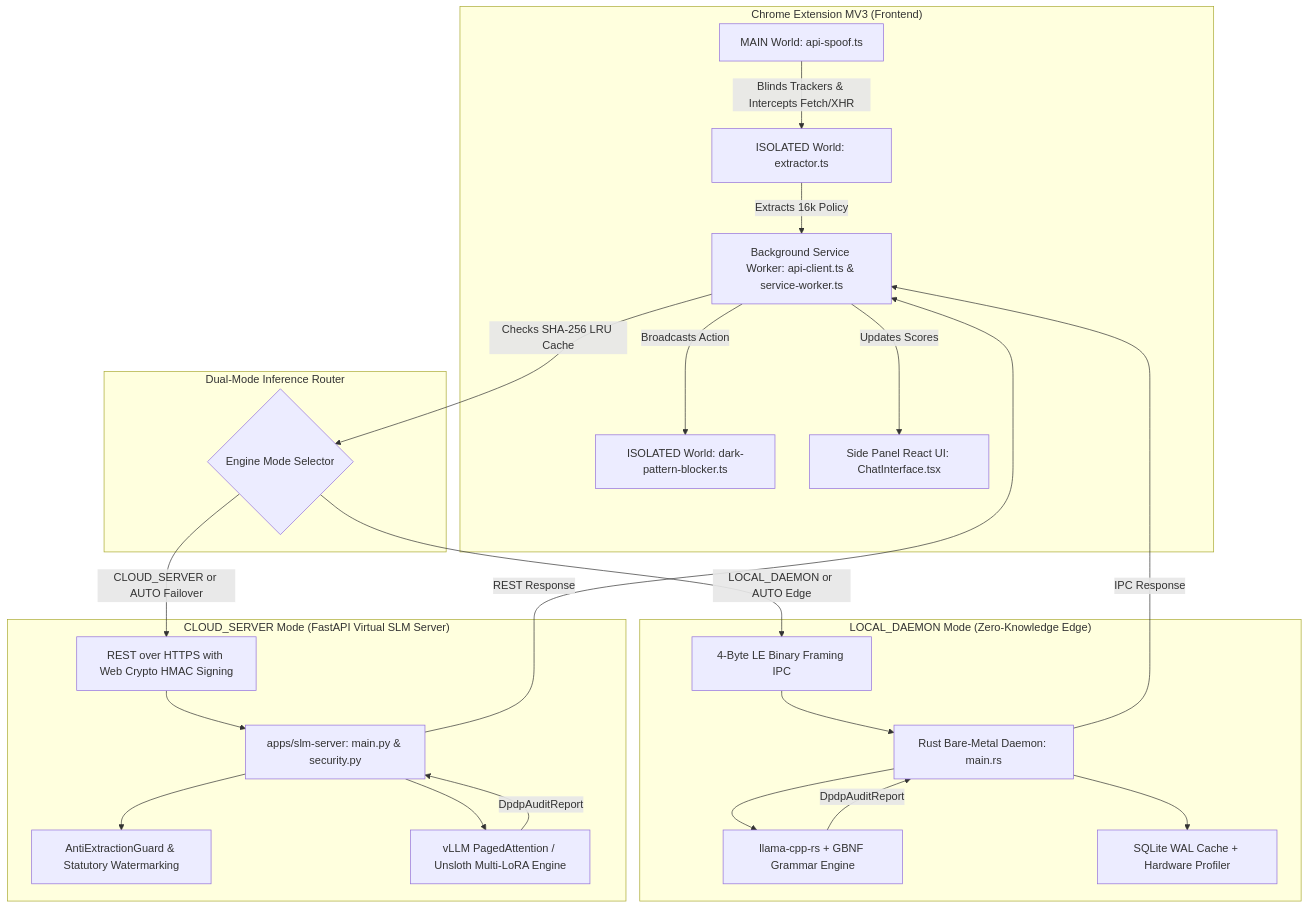
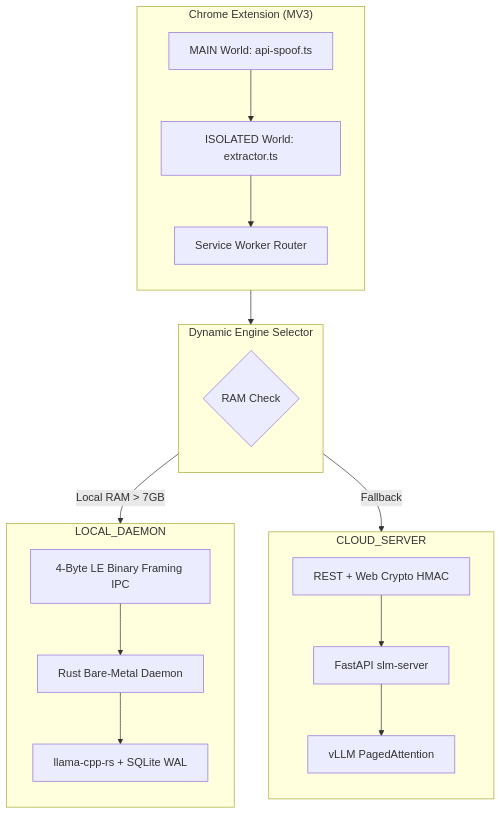
The second of 2 diagrams in docs/ARCHITECTURE.md (priyanshu-ogdev/Ssense), drawn with Mermaid before and after one commit. The commit also changed other lines of this file and 56 other files, not shown here.

Commit message:
fix: started gan loop, upgraded slm server

````diff
--- a/docs/ARCHITECTURE.md
+++ b/docs/ARCHITECTURE.md
@@ -316,46 +153,29 @@
 ```mermaid
 graph TB
-    subgraph "Chrome Extension MV3 (Frontend)"
-        A1[MAIN World: api-spoof.ts]
-        A2[ISOLATED World: extractor.ts]
-        A3[ISOLATED World: dark-pattern-blocker.ts]
-        B[Background Service Worker: api-client.ts & service-worker.ts]
-        C[Side Panel React UI: ChatInterface.tsx]
+    subgraph Browser["Chrome Extension (MV3)"]
+        direction TB
+        A1[MAIN World: api-spoof.ts] --> A2[ISOLATED World: extractor.ts]
+        A2 --> A3[Service Worker Router]
     end
 
-    subgraph "Dual-Mode Inference Router"
-        D{Engine Mode Selector}
+    subgraph DualMode["Dynamic Engine Selector"]
+        direction TB
+        B1{RAM Check}
     end
 
-    subgraph "LOCAL_DAEMON Mode (Zero-Knowledge Edge)"
-        E[4-Byte LE Binary Framing IPC]
-        F[Rust Bare-Metal Daemon: main.rs]
-        G[llama-cpp-rs + GBNF Grammar Engine]
-        H[SQLite WAL Cache + Hardware Profiler]
+    subgraph Edge["LOCAL_DAEMON"]
+        direction TB
+        C1[4-Byte LE Binary Framing IPC] --> C2[Rust Bare-Metal Daemon]
+        C2 --> C3[llama-cpp-rs + SQLite WAL]
     end
 
-    subgraph "CLOUD_SERVER Mode (FastAPI Virtual SLM Server)"
-        I[REST over HTTPS with Web Crypto HMAC Signing]
-        J[apps/slm-server: main.py & security.py]
-        K[AntiExtractionGuard & Statutory Watermarking]
-        L[vLLM PagedAttention / Unsloth Multi-LoRA Engine]
+    subgraph Cloud["CLOUD_SERVER"]
+        direction TB
+        D1[REST + Web Crypto HMAC] --> D2[FastAPI slm-server]
+        D2 --> D3[vLLM PagedAttention]
     end
 
-    A1 -->|Blinds Trackers & Intercepts Fetch/XHR| A2
-    A2 -->|Extracts 16k Policy| B
-    B -->|Checks SHA-256 LRU Cache| D
-    D -->|LOCAL_DAEMON or AUTO Edge| E
-    D -->|CLOUD_SERVER or AUTO Failover| I
-    E --> F
-    F --> G
-    F --> H
-    I --> J
-    J --> K
-    J --> L
-    G -->|DpdpAuditReport| F
-    L -->|DpdpAuditReport| J
-    F -->|IPC Response| B
-    J -->|REST Response| B
-    B -->|Broadcasts Action| A3
-    B -->|Updates Scores| C
+    A3 --> DualMode
+    B1 -- Local RAM > 7GB --> Edge
+    B1 -- Fallback --> Cloud
 ```
````
